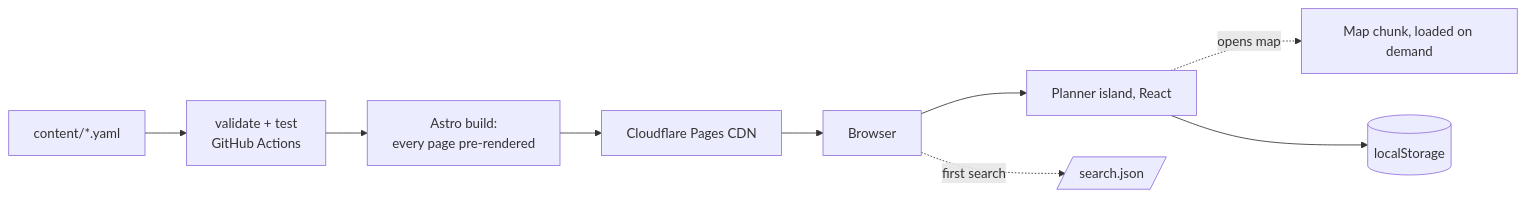
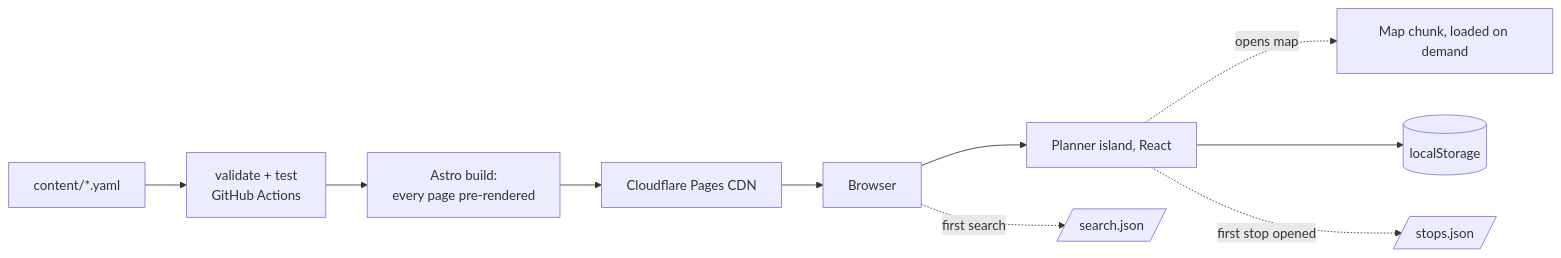
Before and after one commit to shivemn/pregraph: the second of 3 diagrams in docs/SYSTEM_DESIGN.md, drawn with Mermaid. The commit also changed other lines of this file and 26 other files, not shown here.

````diff
--- a/docs/SYSTEM_DESIGN.md
+++ b/docs/SYSTEM_DESIGN.md
@@ -189,11 +201,12 @@
 ```mermaid
 flowchart LR
     A[content/*.yaml] --> B[validate + test<br/>GitHub Actions]
     B --> C[Astro build:<br/>every page pre-rendered]
     C --> D[Cloudflare Pages CDN]
     D --> E[Browser]
     E --> F[Planner island, React]
     F -. opens map .-> M[Map chunk, loaded on demand]
     F --> G[(localStorage)]
+    F -. first stop opened .-> T[/stops.json/]
     E -. first search .-> S[/search.json/]
 ```
````
